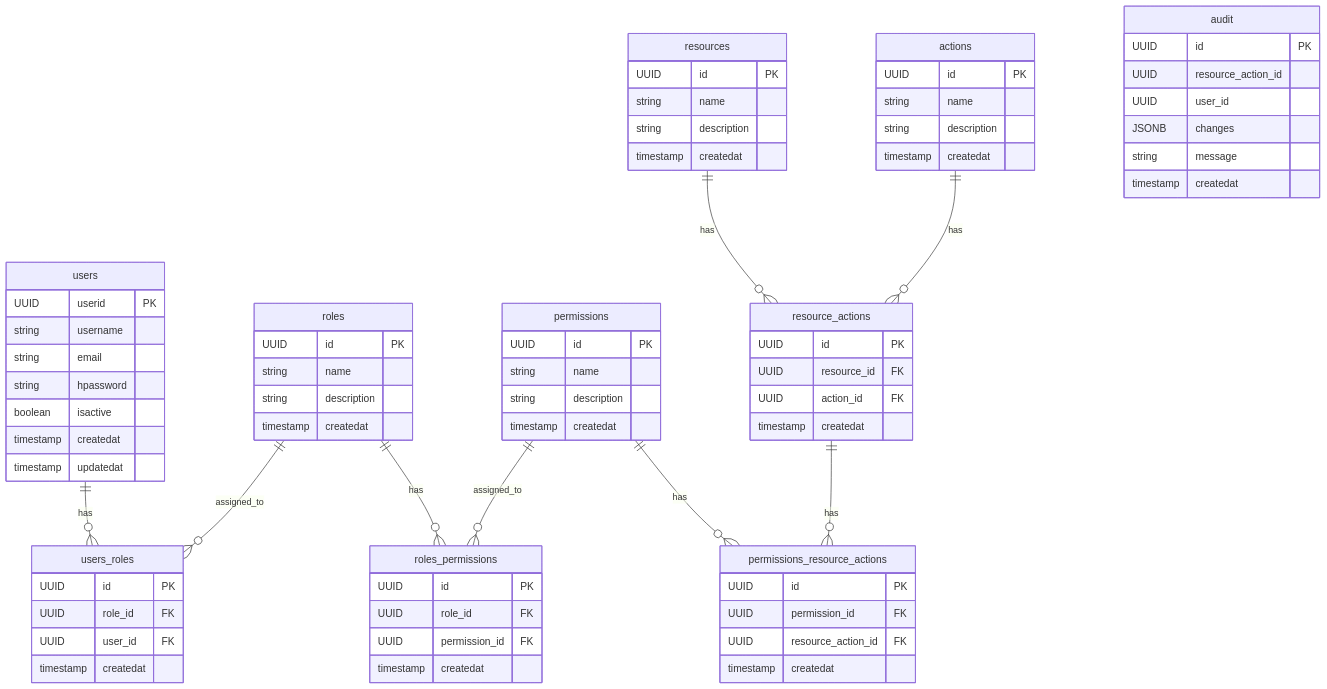
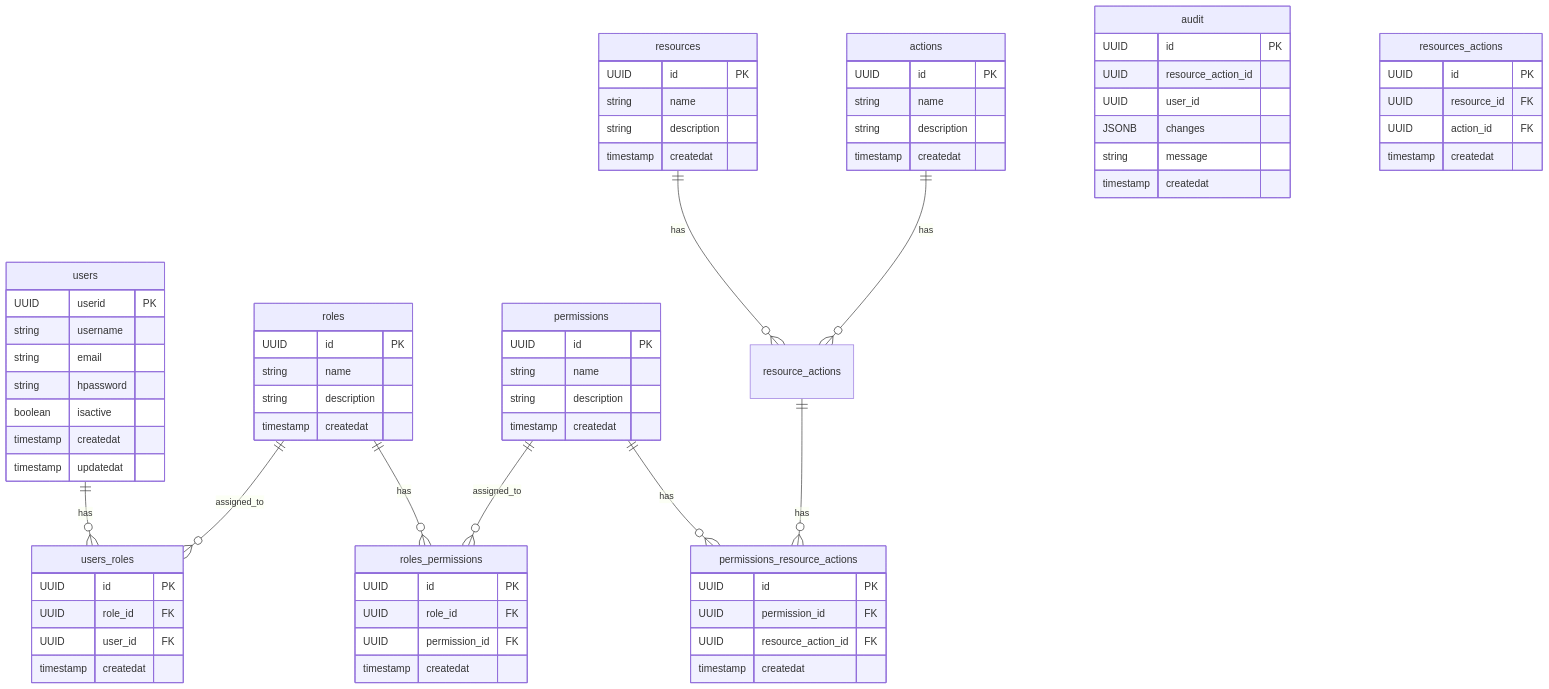
The diagram in README.md (0xhunterkiller/berry), drawn with Mermaid before and after one commit. The commit also changed 6 other files, not shown here.

```diff
--- a/README.md
+++ b/README.md
@@ -94,7 +94,7 @@
         timestamp createdat
     }
 
-    resource_actions {
+    resources_actions {
         UUID id PK
         UUID resource_id FK
         UUID action_id FK
```
